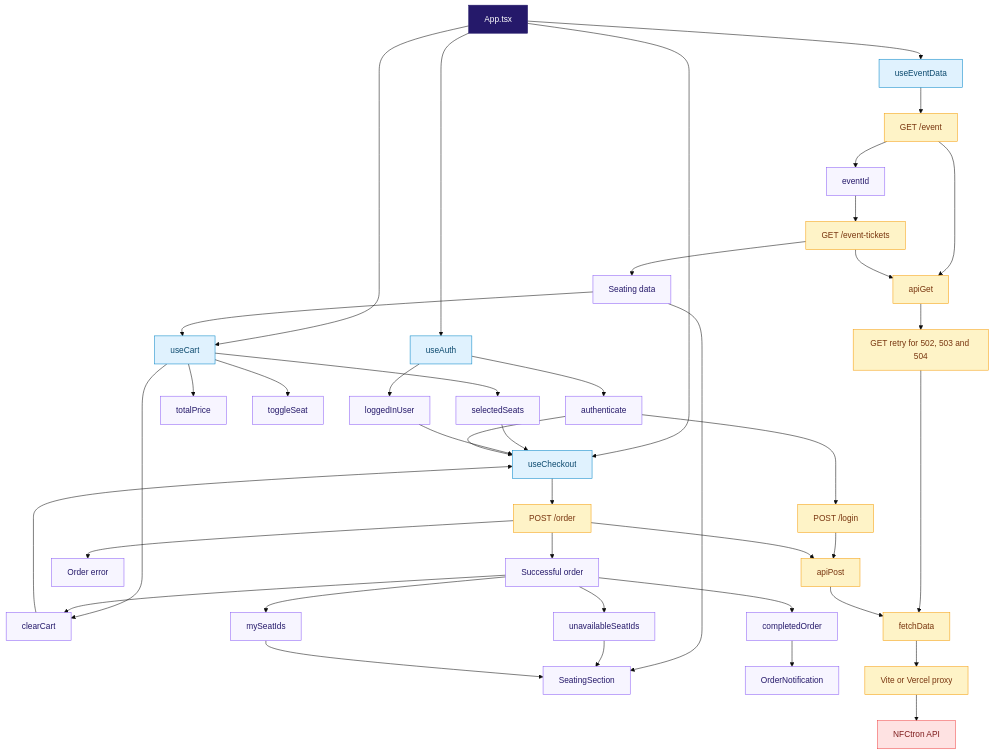
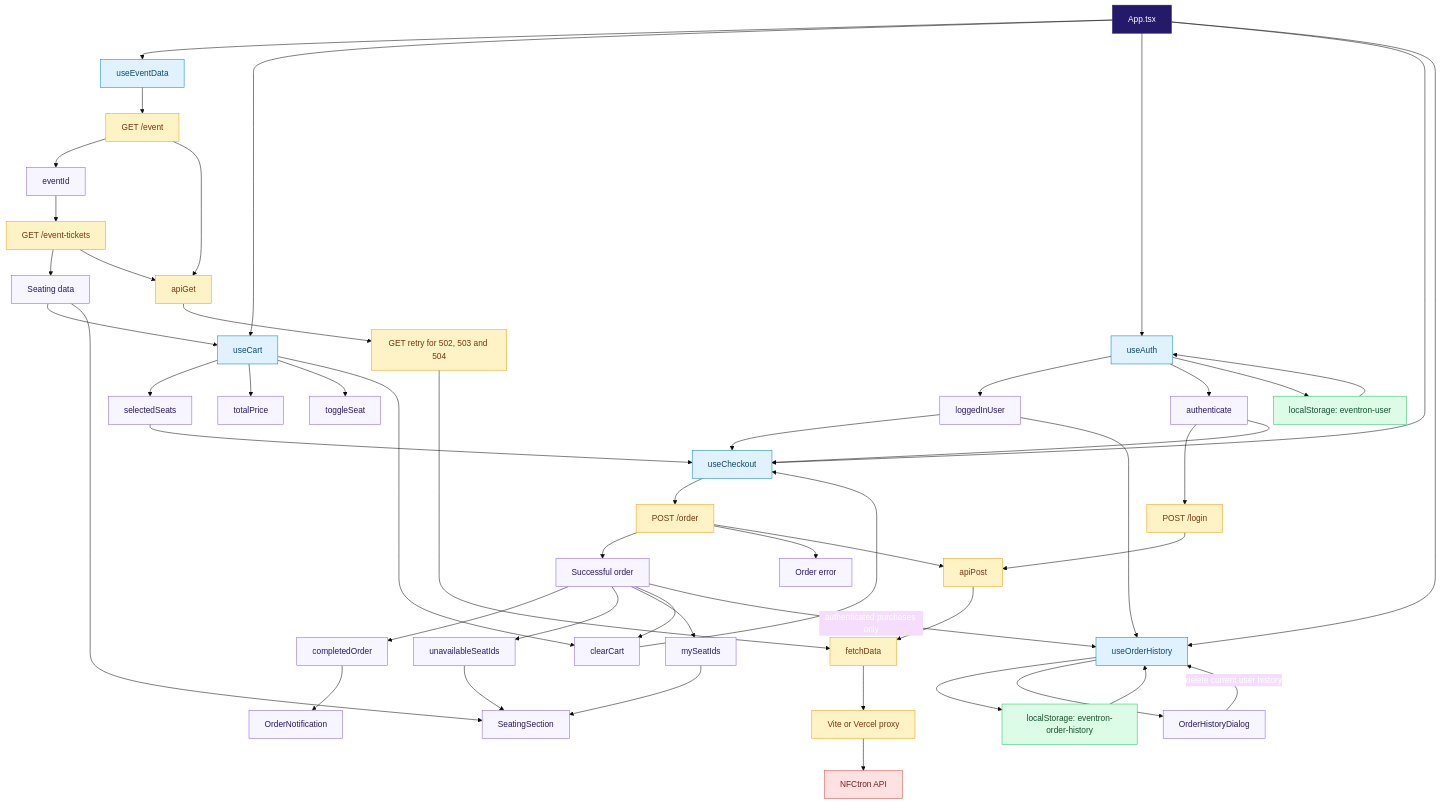
One commit to Nazar-Pichak/frontend-case-study changed the second of 3 diagrams in ARCHITECTURE.md. Above: the diagram before and after it, drawn with Mermaid (base theme). The commit also changed other lines of this file and 9 other files, not shown here.

Commit message:
feat: add local order history

````diff
--- a/ARCHITECTURE.md
+++ b/ARCHITECTURE.md
@@ -127,12 +137,13 @@
     APP --> CART["useCart"]
     APP --> AUTH["useAuth"]
     APP --> CHECKOUT["useCheckout"]
+    APP --> HISTORY["useOrderHistory"]
 
     EVENTDATA --> EVENTREQUEST["GET /event"]
     EVENTREQUEST --> EVENTID["eventId"]
     EVENTID --> SEATINGREQUEST["GET /event-tickets"]
+    SEATINGREQUEST --> SEATINGDATA["Seating data"]
 
-    SEATINGREQUEST --> SEATINGDATA["Seating data"]
     SEATINGDATA --> CART
     SEATINGDATA --> SEATINGUI["SeatingSection"]
 
@@ -146,10 +157,15 @@
 
     AUTH --> USER["loggedInUser"]
     AUTH --> AUTHENTICATE["authenticate"]
+
     AUTHENTICATE --> LOGINREQUEST["POST /login"]
-
     USER --> CHECKOUT
     AUTHENTICATE --> CHECKOUT
+
+    AUTH --> AUTHSTORAGE["localStorage: eventron-user"]
+    AUTHSTORAGE --> AUTH
+
+    USER --> HISTORY
 
     CHECKOUT --> ORDERREQUEST["POST /order"]
     ORDERREQUEST --> SUCCESS["Successful order"]
@@ -159,6 +175,13 @@
     SUCCESS --> UNAVAILABLE["unavailableSeatIds"]
     SUCCESS --> MYSEATS["mySeatIds"]
     SUCCESS --> CLEAR
+    SUCCESS -->|"authenticated purchases only"| HISTORY
+
+    HISTORY --> ORDERSTORAGE["localStorage: eventron-order-history"]
+    ORDERSTORAGE --> HISTORY
+
+    HISTORY --> HISTORYDIALOG["OrderHistoryDialog"]
+    HISTORYDIALOG -->|"delete current user history"| HISTORY
 
     COMPLETED --> ORDERNOTICE["OrderNotification"]
     UNAVAILABLE --> SEATINGUI
@@ -166,6 +189,7 @@
 
     EVENTREQUEST --> APIGET["apiGet"]
     SEATINGREQUEST --> APIGET
+
     LOGINREQUEST --> APIPOST["apiPost"]
     ORDERREQUEST --> APIPOST
 
@@ -179,12 +203,18 @@
     classDef root fill:#25196a,color:#fff,stroke:#25196a;
     classDef hook fill:#e0f2fe,color:#0c4a6e,stroke:#0284c7;
     classDef state fill:#f7f5ff,color:#25196a,stroke:#8b5cf6;
+    classDef storage fill:#dcfce7,color:#14532d,stroke:#22c55e;
     classDef request fill:#fef3c7,color:#78350f,stroke:#f59e0b;
     classDef external fill:#fee2e2,color:#7f1d1d,stroke:#ef4444;
 
     class APP root;
-    class EVENTDATA,CART,AUTH,CHECKOUT hook;
-    class EVENTID,SEATINGDATA,SELECTED,TOTAL,TOGGLE,CLEAR,USER,AUTHENTICATE,SUCCESS,FAILURE,COMPLETED,UNAVAILABLE,MYSEATS,ORDERNOTICE,SEATINGUI state;
+    class EVENTDATA,CART,AUTH,CHECKOUT,HISTORY hook;
+
+    class EVENTID,SEATINGDATA,SELECTED,TOTAL,TOGGLE,CLEAR,USER,AUTHENTICATE,SUCCESS,FAILURE,COMPLETED,UNAVAILABLE,MYSEATS,ORDERNOTICE,SEATINGUI,HISTORYDIALOG state;
+
+    class AUTHSTORAGE,ORDERSTORAGE storage;
+
     class EVENTREQUEST,SEATINGREQUEST,LOGINREQUEST,ORDERREQUEST,APIGET,APIPOST,RETRY,FETCH,PROXY request;
+
     class NFCTRON external;
 ```
````
